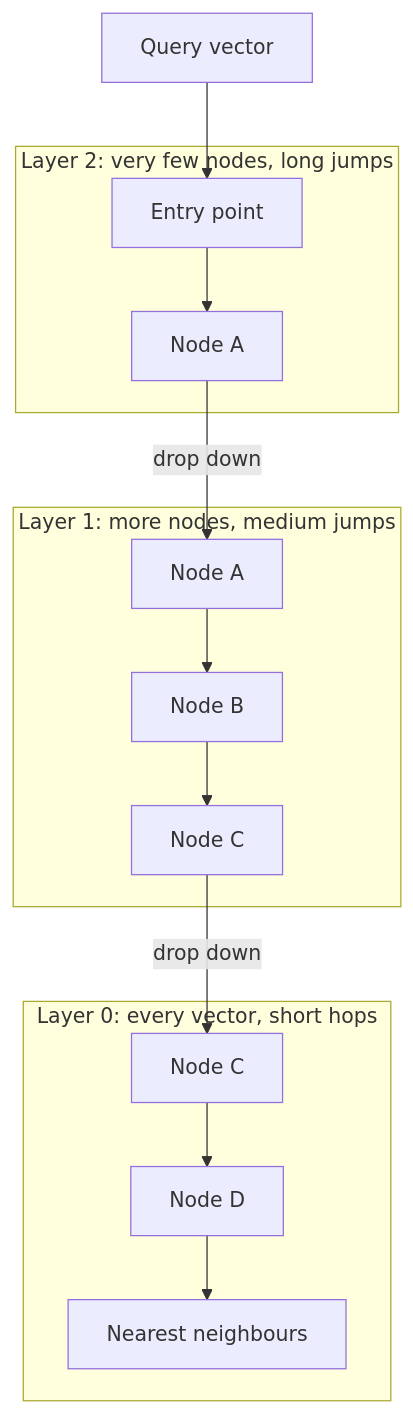
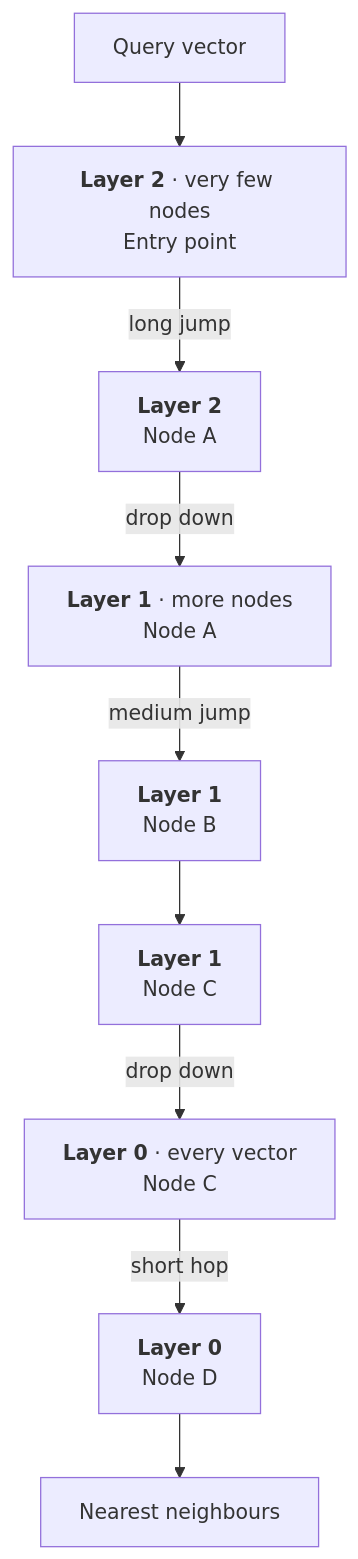
One commit to sarthaksarangi/magicui-portfolio changed the second of 2 diagrams in content/embeddings-and-vector-databases.mdx. Above: the diagram before and after it, drawn with Mermaid. The commit also changed 4 other files, not shown here.

First line of the commit message:
Blog: readable Mermaid diagrams, lazy rendering, no phone overflow

````diff
--- a/content/embeddings-and-vector-databases.mdx
+++ b/content/embeddings-and-vector-databases.mdx
@@ -100,17 +100,11 @@
 ```mermaid
 flowchart TD
-    Q["Query vector"] --> E
-    subgraph L2["Layer 2: very few nodes, long jumps"]
-        E["Entry point"] --> A2["Node A"]
-    end
-    subgraph L1["Layer 1: more nodes, medium jumps"]
-        A1["Node A"] --> B1["Node B"]
-        B1 --> C1["Node C"]
-    end
-    subgraph L0["Layer 0: every vector, short hops"]
-        C0["Node C"] --> D0["Node D"]
-        D0 --> F0["Nearest neighbours"]
-    end
-    A2 -->|"drop down"| A1
-    C1 -->|"drop down"| C0
+    Q["Query vector"] --> E["<b>Layer 2</b> · very few nodes<br/>Entry point"]
+    E -- "long jump" --> A2["<b>Layer 2</b><br/>Node A"]
+    A2 -- "drop down" --> A1["<b>Layer 1</b> · more nodes<br/>Node A"]
+    A1 -- "medium jump" --> B1["<b>Layer 1</b><br/>Node B"]
+    B1 --> C1["<b>Layer 1</b><br/>Node C"]
+    C1 -- "drop down" --> C0["<b>Layer 0</b> · every vector<br/>Node C"]
+    C0 -- "short hop" --> D0["<b>Layer 0</b><br/>Node D"]
+    D0 --> F0["Nearest neighbours"]
 ```
````
